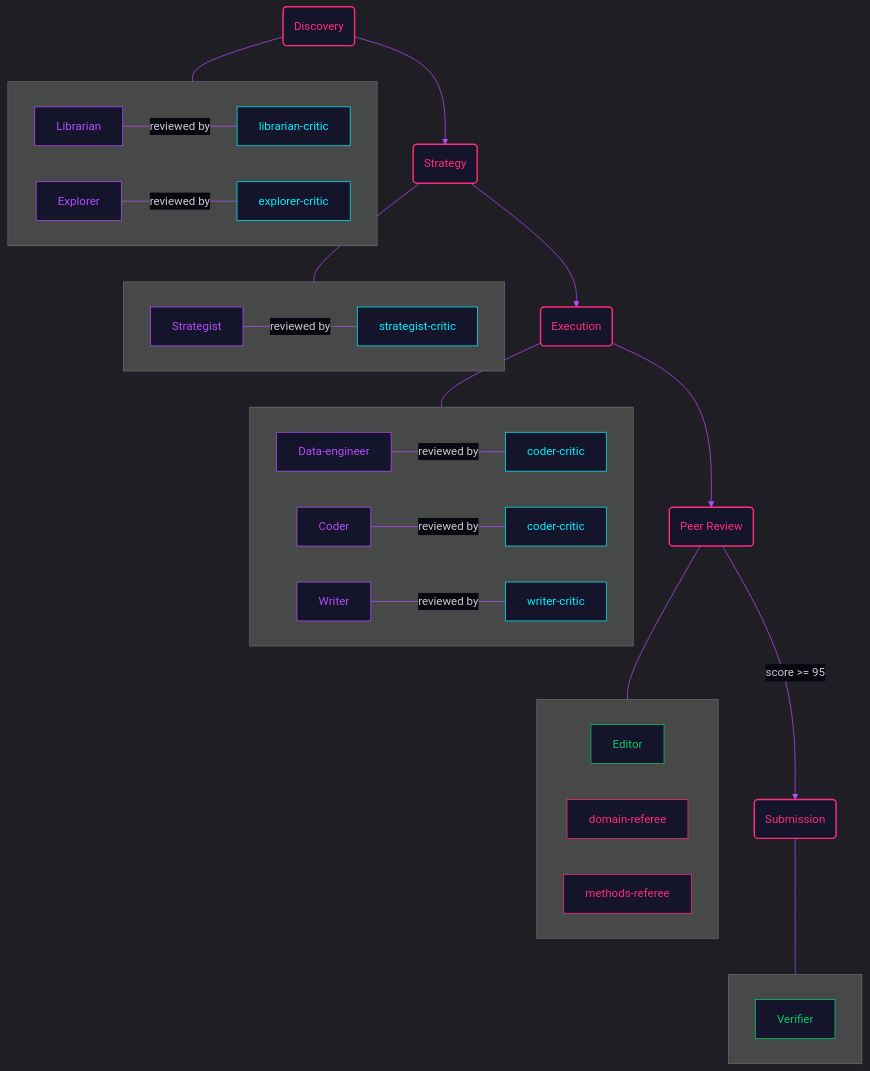
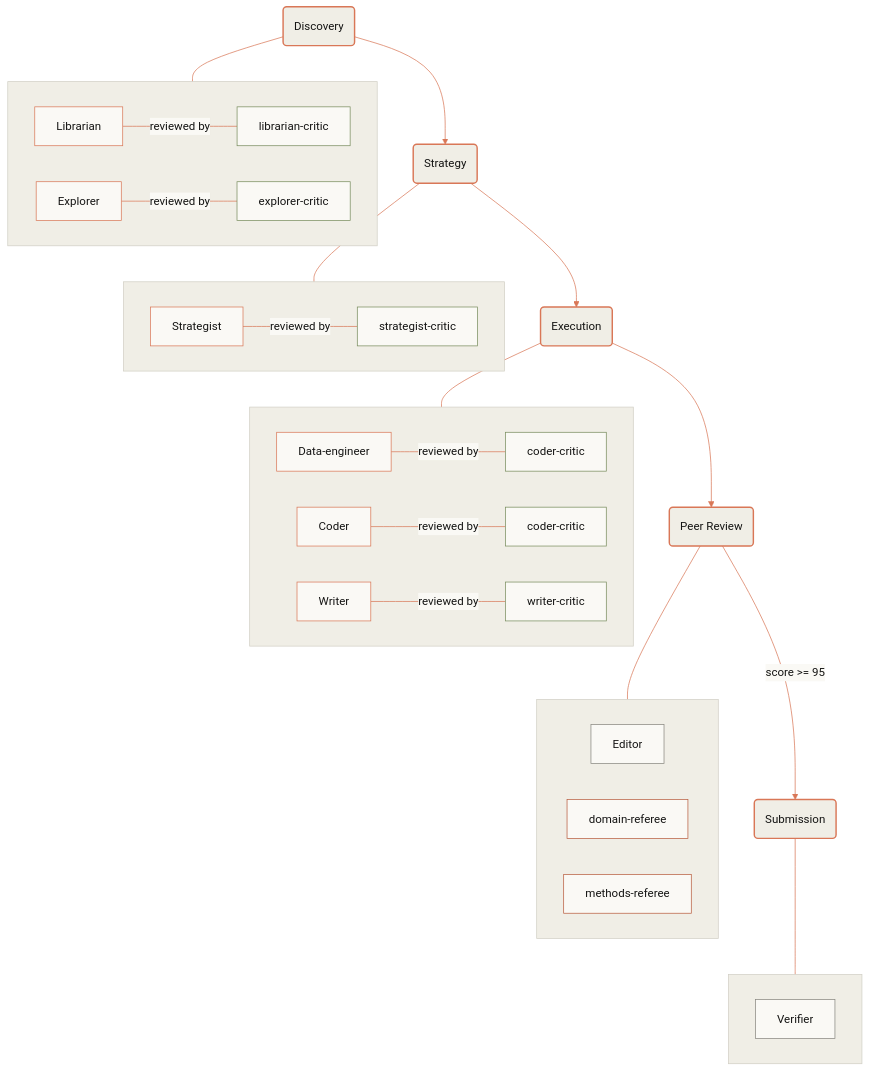
One commit to patrickjcrawford/cc-research-assistant changed the third of 4 diagrams in guide/architecture.qmd. Above: the diagram before and after it, drawn with Mermaid. The commit also changed other lines of this file and 26 other files, not shown here.

````diff
--- a/guide/architecture.qmd
+++ b/guide/architecture.qmd
@@ -138,54 +138,54 @@
 ```{mermaid}
-%%{init: {'theme': 'dark', 'themeVariables': {'primaryColor': '#14142a', 'primaryTextColor': '#d0d0e0', 'primaryBorderColor': '#b44dff', 'lineColor': '#b44dff', 'secondaryColor': '#0c0c18', 'tertiaryColor': '#080810', 'edgeLabelBackground': '#080810'}}}%%
+%%{init: {'theme': 'base', 'themeVariables': {'primaryColor': '#f0eee6', 'primaryTextColor': '#141413', 'primaryBorderColor': '#d1cfc5', 'lineColor': '#d97757', 'secondaryColor': '#faf9f5', 'tertiaryColor': '#e6e3da', 'edgeLabelBackground': '#faf9f5', 'clusterBkg': '#f0eee6', 'clusterBorder': '#d1cfc5'}}}%%
 flowchart TD
     P1:::phase --> P2:::phase
     P2 --> P3:::phase
     P3 --> P4:::phase
     P4 -->|score >= 95| P5:::phase
 
     P1(Discovery)
     P2(Strategy)
     P3(Execution)
     P4(Peer Review)
     P5(Submission)
 
     subgraph s1 [" "]
         direction LR
         L[Librarian]:::worker ---|reviewed by| LC[librarian-critic]:::critic
         X[Explorer]:::worker ---|reviewed by| XC[explorer-critic]:::critic
     end
 
     subgraph s2 [" "]
         ST[Strategist]:::worker ---|reviewed by| STC[strategist-critic]:::critic
     end
 
     subgraph s3 [" "]
         direction LR
         DE[Data-engineer]:::worker ---|reviewed by| CC1[coder-critic]:::critic
         CO[Coder]:::worker ---|reviewed by| CC2[coder-critic]:::critic
         WR[Writer]:::worker ---|reviewed by| WC[writer-critic]:::critic
     end
 
     subgraph s4 [" "]
         direction LR
         ED[Editor]:::infra
         DR[domain-referee]:::referee
         MR[methods-referee]:::referee
     end
 
     subgraph s5 [" "]
         VE[Verifier]:::infra
     end
 
     P1 --- s1
     P2 --- s2
     P3 --- s3
     P4 --- s4
     P5 --- s5
 
-    classDef phase fill:#14142a,stroke:#ff2d7b,color:#ff2d7b,stroke-width:2px
-    classDef worker fill:#14142a,stroke:#b44dff,color:#b44dff,stroke-width:1px
-    classDef critic fill:#14142a,stroke:#00f0ff,color:#00f0ff,stroke-width:1px
-    classDef referee fill:#14142a,stroke:#ff2d7b,color:#ff2d7b,stroke-width:1px
-    classDef infra fill:#14142a,stroke:#00cc66,color:#00cc66,stroke-width:1px
+    classDef phase fill:#f0eee6,stroke:#d97757,color:#141413,stroke-width:2px
+    classDef worker fill:#faf9f5,stroke:#d97757,color:#141413,stroke-width:1px
+    classDef critic fill:#faf9f5,stroke:#788c5d,color:#141413,stroke-width:1px
+    classDef referee fill:#faf9f5,stroke:#b85c3e,color:#141413,stroke-width:1px
+    classDef infra fill:#faf9f5,stroke:#87867f,color:#141413,stroke-width:1px
 ```
````
